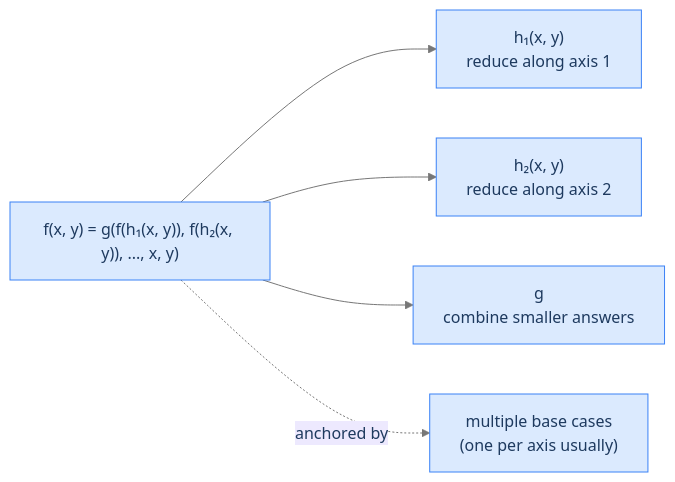
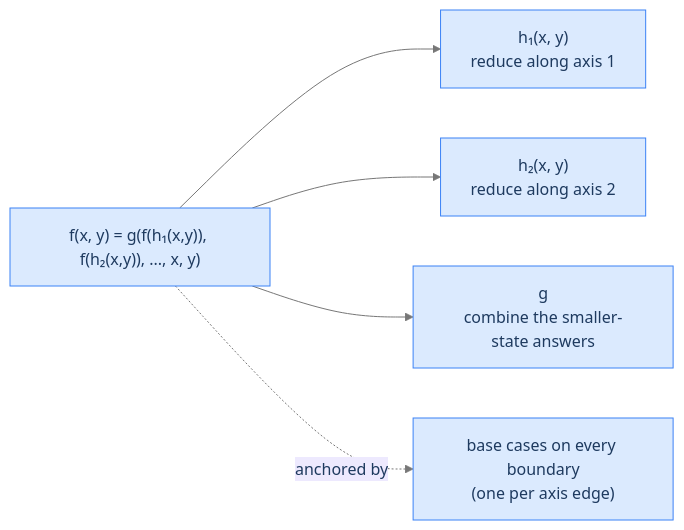
The second of 2 diagrams in content/cortex/data-structures-and-algorithms/05-algorithms-by-strategy/01-recursion/08-pattern-multidimensional-recursion/01-pattern.md (ani2fun/codefolio), drawn with Mermaid before and after one commit. The commit also changed other lines of this file and 1049 other files, not shown here.

````diff
--- a/content/cortex/data-structures-and-algorithms/05-algorithms-by-strategy/01-recursion/08-pattern-multidimensional-recursion/01-pattern.md
+++ b/content/cortex/data-structures-and-algorithms/05-algorithms-by-strategy/01-recursion/08-pattern-multidimensional-recursion/01-pattern.md
@@ -47,19 +66,19 @@
 ```mermaid
 ---
 config:
   theme: base
   themeVariables:
     primaryColor: "#dbeafe"
     primaryBorderColor: "#3b82f6"
     primaryTextColor: "#1e3a5f"
     lineColor: "#777777"
     secondaryColor: "#ede9fe"
     tertiaryColor: "#fef9c3"
 ---
 flowchart LR
-  EQ["f(x, y) = g(f(h₁(x, y)), f(h₂(x, y)), ..., x, y)"]
+  EQ["f(x, y) = g(f(h₁(x,y)), f(h₂(x,y)), ..., x, y)"]
   EQ --> H1["h₁(x, y)<br/>reduce along axis 1"]
   EQ --> H2["h₂(x, y)<br/>reduce along axis 2"]
-  EQ --> G["g<br/>combine smaller answers"]
-  EQ -.->|"anchored by"| BASE["multiple base cases<br/>(one per axis usually)"]
+  EQ --> G["g<br/>combine the smaller-state answers"]
+  EQ -.->|"anchored by"| BASE["base cases on every boundary<br/>(one per axis edge)"]
 ```
````
